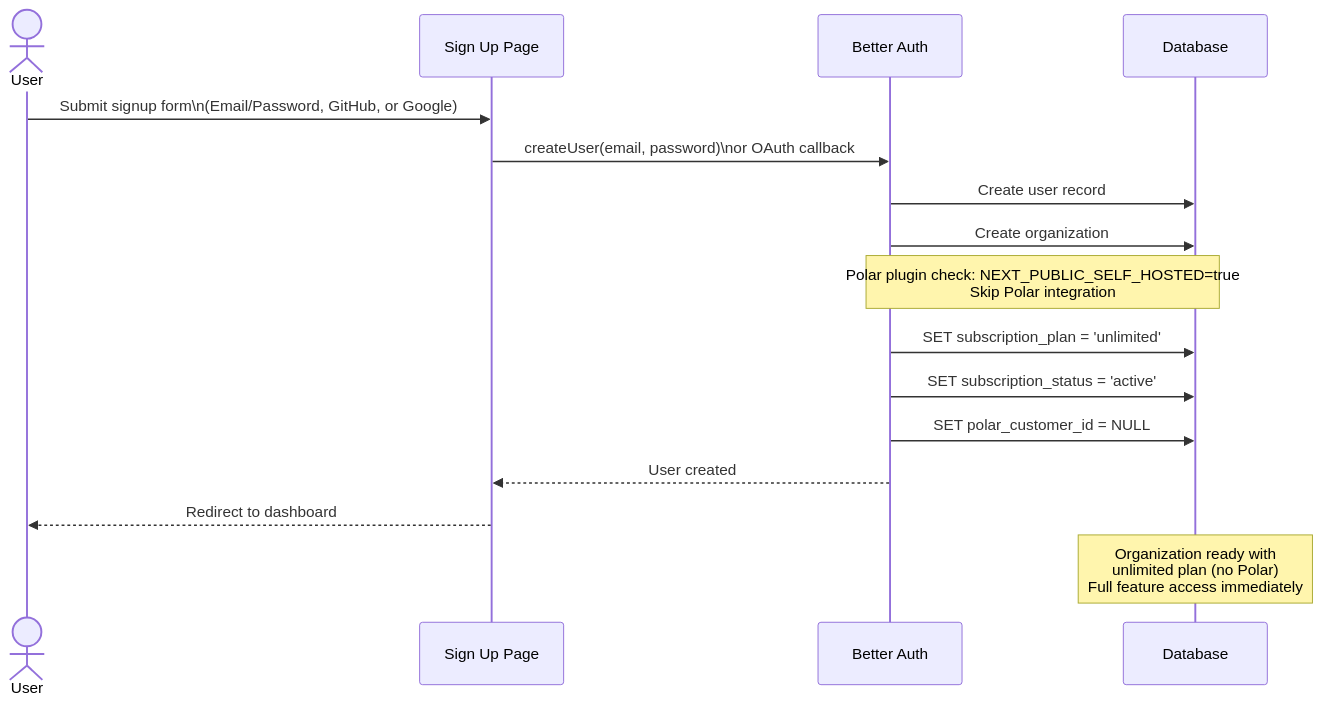
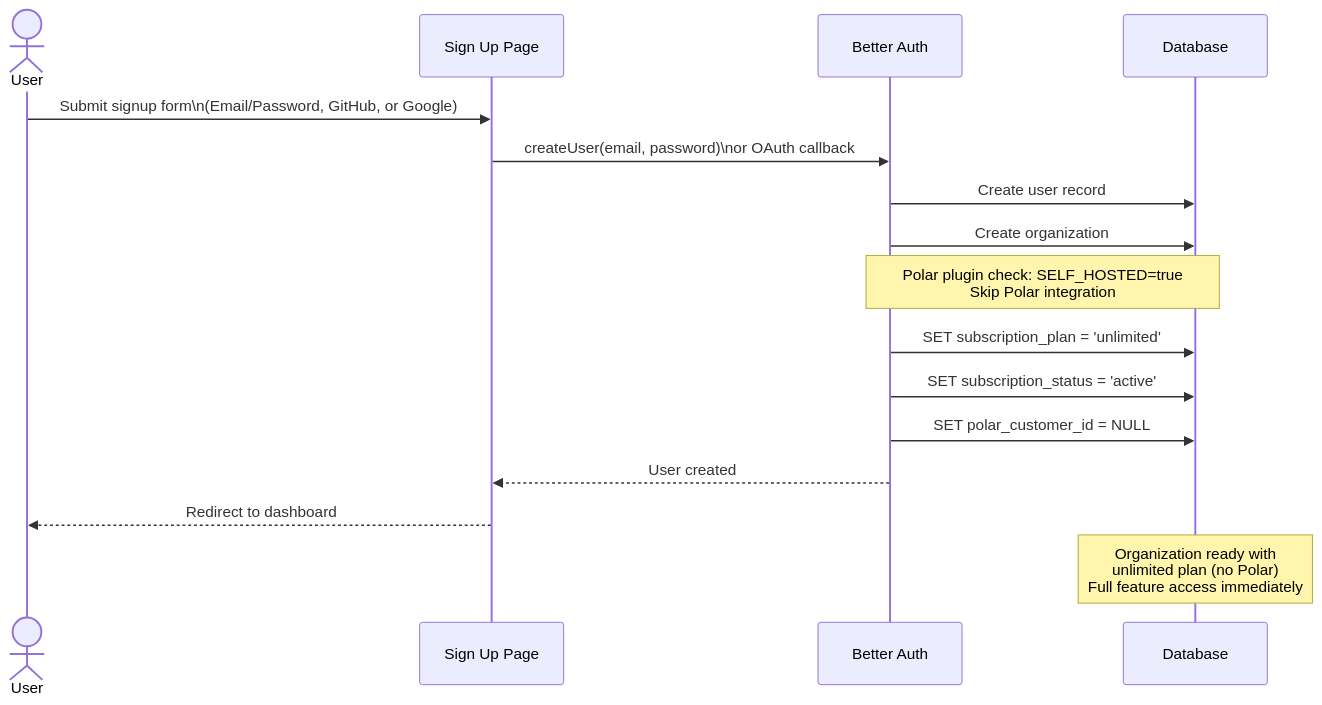
Before and after one commit to supercheck-io/supercheck: the third of 8 diagrams in specs/08-operations/POLAR_BILLING_INTEGRATION.md, drawn with Mermaid. The commit also changed other lines of this file and 8 other files, not shown here.

Commit message:
refactor: Unconditionally track usage and standardize `SELF_HOSTED` environment variable for server-side logic.

````diff
--- a/specs/08-operations/POLAR_BILLING_INTEGRATION.md
+++ b/specs/08-operations/POLAR_BILLING_INTEGRATION.md
@@ -227,23 +227,23 @@
 ```mermaid
 sequenceDiagram
     actor User
     participant UI as Sign Up Page
     participant BetterAuth as Better Auth
     participant DB as Database
 
     User->>UI: Submit signup form\n(Email/Password, GitHub, or Google)
     UI->>BetterAuth: createUser(email, password)\nor OAuth callback
     BetterAuth->>DB: Create user record
     BetterAuth->>DB: Create organization
 
-    Note over BetterAuth,DB: Polar plugin check: NEXT_PUBLIC_SELF_HOSTED=true<br/>Skip Polar integration
+    Note over BetterAuth,DB: Polar plugin check: SELF_HOSTED=true<br/>Skip Polar integration
 
     BetterAuth->>DB: SET subscription_plan = 'unlimited'
     BetterAuth->>DB: SET subscription_status = 'active'
     BetterAuth->>DB: SET polar_customer_id = NULL
 
     BetterAuth-->>UI: User created
     UI-->>User: Redirect to dashboard
 
     Note over DB: Organization ready with<br/>unlimited plan (no Polar)<br/>Full feature access immediately
 ```
````
